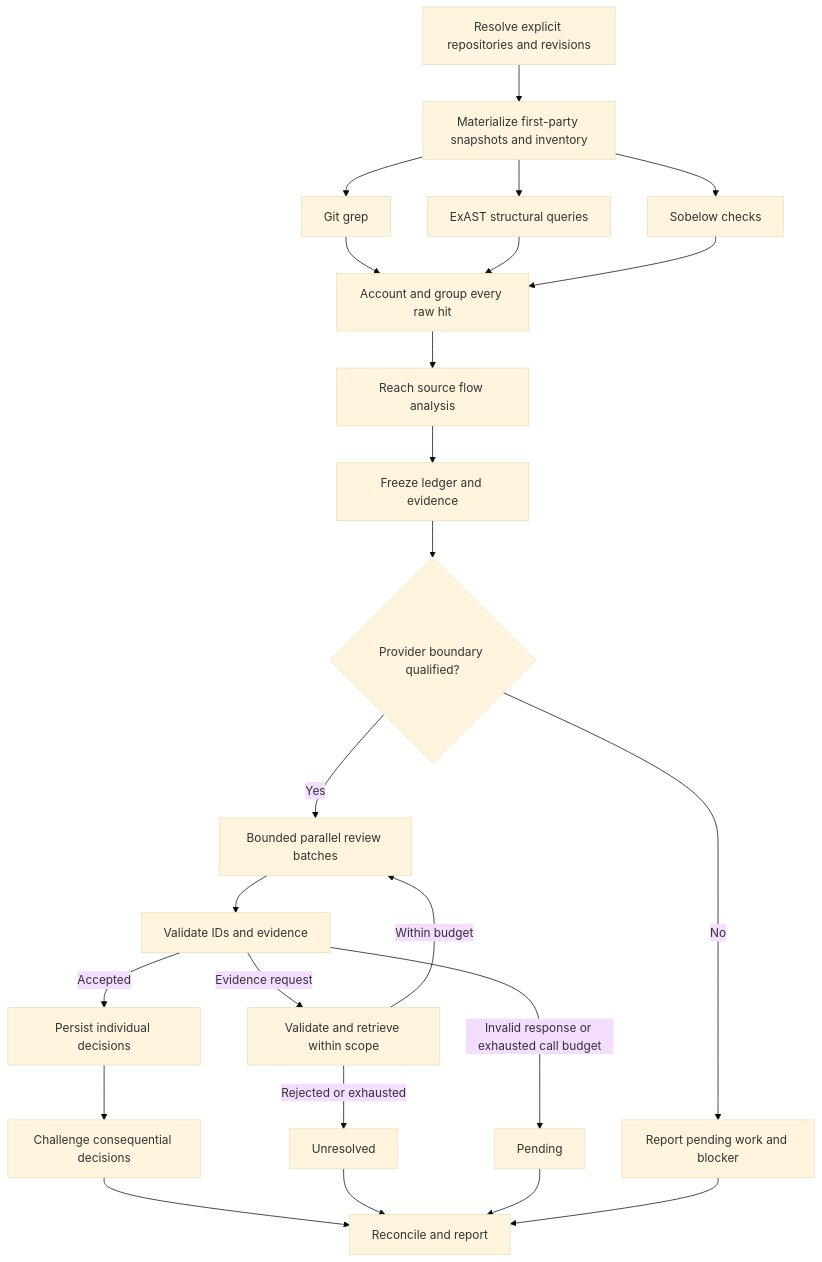
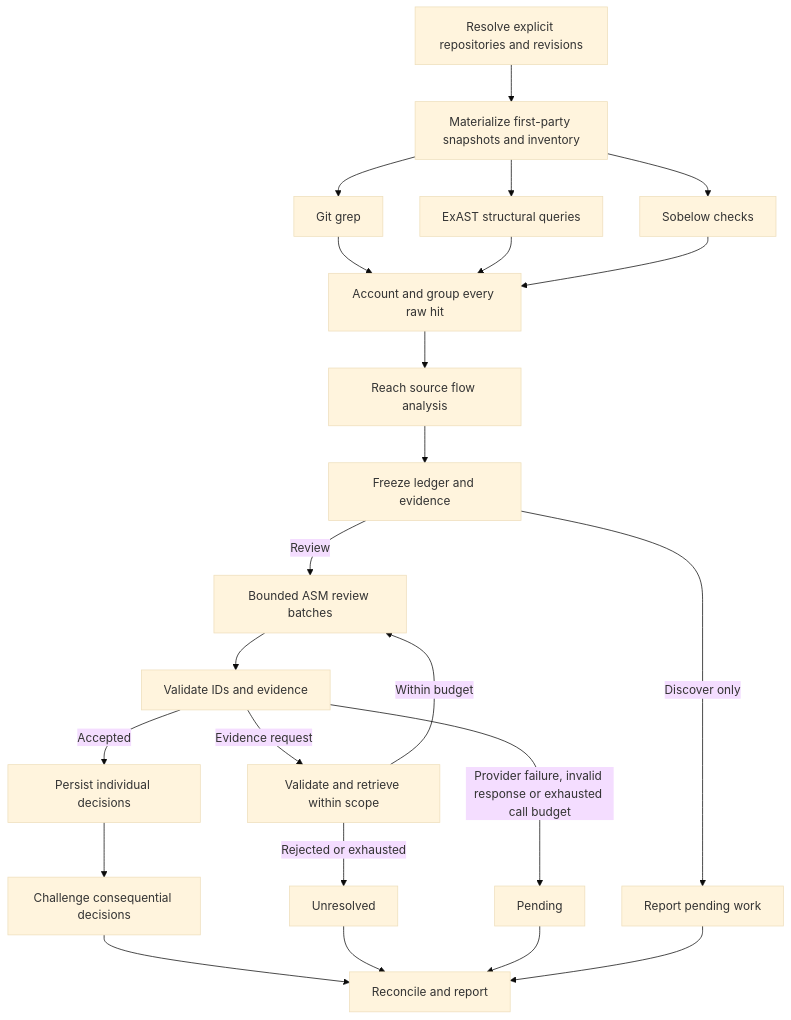
One commit to nshkrdotcom/beam_audit changed the diagram in guides/workflow.md. Above: the diagram before and after it, drawn with Mermaid (base theme). The commit also changed 14 other files, not shown here.

First line of the commit message:
Remove ASM qualification gate and enable live review

````diff
--- a/guides/workflow.md
+++ b/guides/workflow.md
@@ -5,23 +5,22 @@
 ```mermaid
 flowchart TD
     A[Resolve explicit repositories and revisions] --> B[Materialize first-party snapshots and inventory]
     B --> C[Git grep]
     B --> D[ExAST structural queries]
     B --> E[Sobelow checks]
     C & D & E --> F[Account and group every raw hit]
     F --> G[Reach source flow analysis]
     G --> H[Freeze ledger and evidence]
-    H --> I{Provider boundary qualified?}
-    I -->|No| R[Report pending work and blocker]
-    I -->|Yes| J[Bounded parallel review batches]
+    H -->|Discover only| R[Report pending work]
+    H -->|Review| J[Bounded ASM review batches]
     J --> K[Validate IDs and evidence]
     K -->|Accepted| L[Persist individual decisions]
     K -->|Evidence request| M[Validate and retrieve within scope]
     M -->|Within budget| J
     M -->|Rejected or exhausted| N[Unresolved]
-    K -->|Invalid response or exhausted call budget| P[Pending]
+    K -->|Provider failure, invalid response or exhausted call budget| P[Pending]
     L --> O[Challenge consequential decisions]
     O --> Q[Reconcile and report]
     N & P --> Q
     R --> Q
 ```
````
